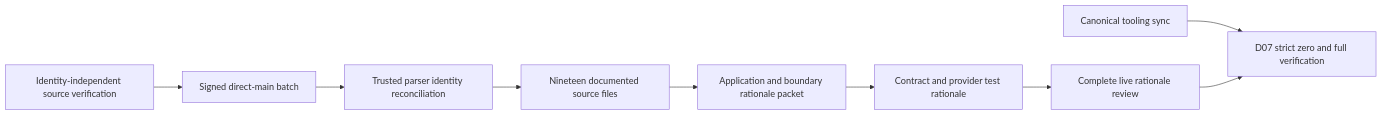
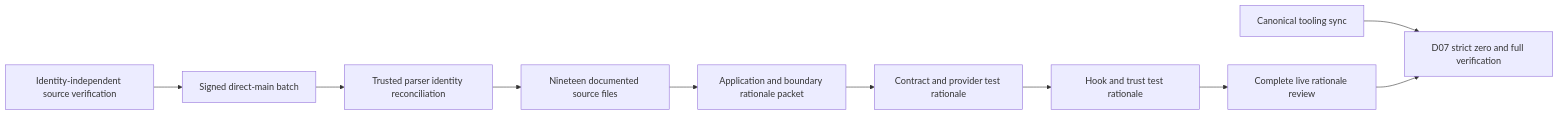
Before and after one commit to Resnovas/Eventiva: the third of 7 diagrams in docs/planning/timeline.md, drawn with Mermaid. The commit also changed other lines of this file and 6 other files, not shown here.

First line of the commit message:
docs(tests): explain hook and trust controls for EVE-261

````diff
--- a/docs/planning/timeline.md
+++ b/docs/planning/timeline.md
@@ -376,11 +377,12 @@
 ```mermaid
 flowchart LR
     Safe[Identity-independent source verification] --> Ship[Signed direct-main batch]
     Ship --> Identity[Trusted parser identity reconciliation]
     Identity --> Blocked[Nineteen documented source files]
     Blocked --> AppTests[Application and boundary rationale packet]
     AppTests --> ProviderTests[Contract and provider test rationale]
-    ProviderTests --> Review[Complete live rationale review]
+    ProviderTests --> TrustTests[Hook and trust test rationale]
+    TrustTests --> Review[Complete live rationale review]
     House[Canonical tooling sync] --> Strict[D07 strict zero and full verification]
     Review --> Strict
 ```
````
